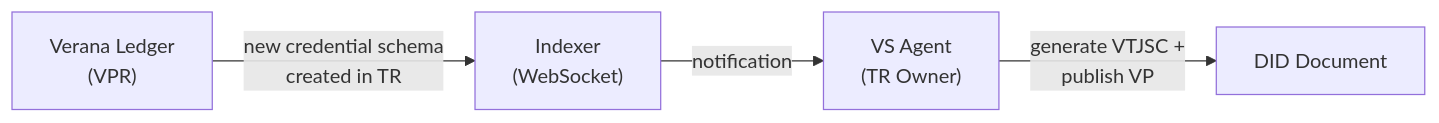
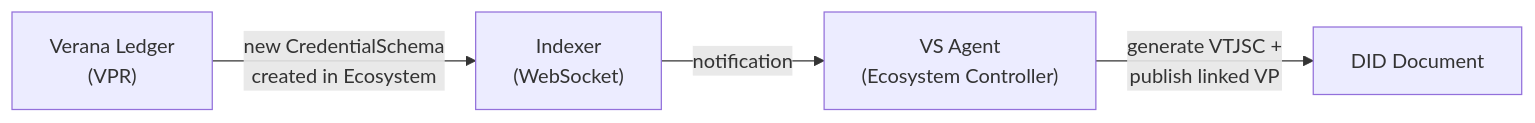
The first of 10 diagrams in v4/vs-agent/spec.md (verana-labs/verana-spec), drawn with Mermaid before and after one commit. The commit also changed other lines of this file and 3 other files, not shown here.

````diff
--- a/v4/vs-agent/spec.md
+++ b/v4/vs-agent/spec.md
@@ -53,11 +53,11 @@
 ```mermaid
 flowchart LR
     VPR["Verana Ledger<br/>(VPR)"]
     IDX["Indexer<br/>(WebSocket)"]
-    VS["VS Agent<br/>(TR Owner)"]
+    VS["VS Agent<br/>(Ecosystem Controller)"]
     DID["DID Document"]
 
-    VPR -- "new credential schema<br/>created in TR" --> IDX
+    VPR -- "new CredentialSchema<br/>created in Ecosystem" --> IDX
     IDX -- "notification" --> VS
-    VS -- "generate VTJSC +<br/>publish VP" --> DID
+    VS -- "generate VTJSC +<br/>publish linked VP" --> DID
 ```
````
